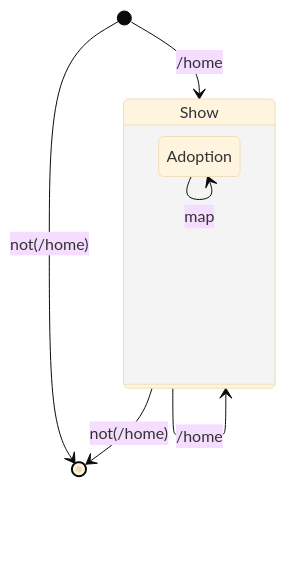
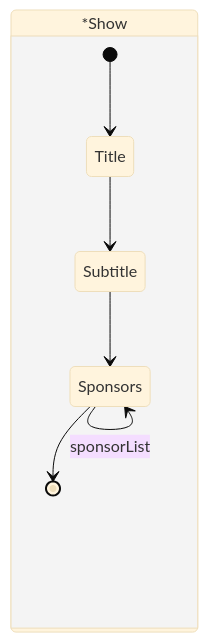
The fourth of 21 diagrams in README.md (Wilfongjt/lb-A), drawn with Mermaid before and after one commit. The commit also changed other lines of this file, not shown here.

````diff
--- a/README.md
+++ b/README.md
@@ -68,15 +57,16 @@
 ```mermaid
+
 %%{init: {'securityLevel': 'loose', 'theme':'base'}}%%
 stateDiagram
-    state Show {
-             
-        Adoption
-     }    
-         
-[*] --> [*] : not(/home)
-[*] --> Show : /home
-Show --> [*] : not(/home)
  
-Show --> Show : /home
-Adoption --> Adoption : map
+ state *Show
+     {
+    [*] --> Title
+    Title --> Subtitle
+    Subtitle --> Sponsors
+    Sponsors --> [*]
+  }
+ 
+Sponsors --> Sponsors : sponsorList
+ 
 ```
````
